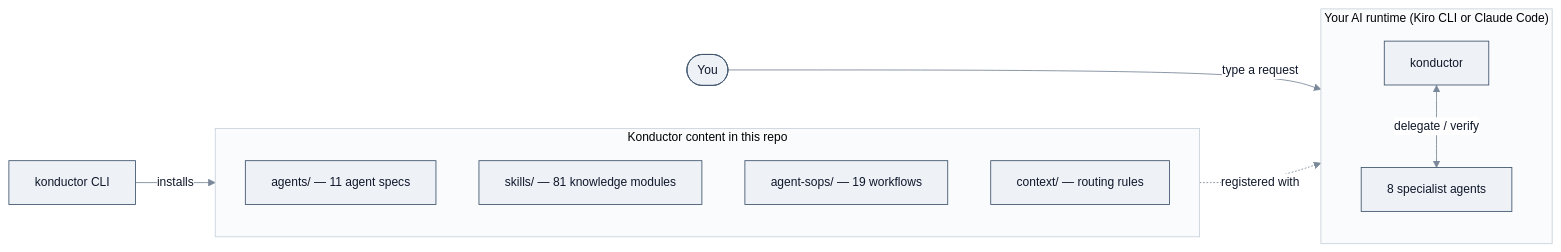
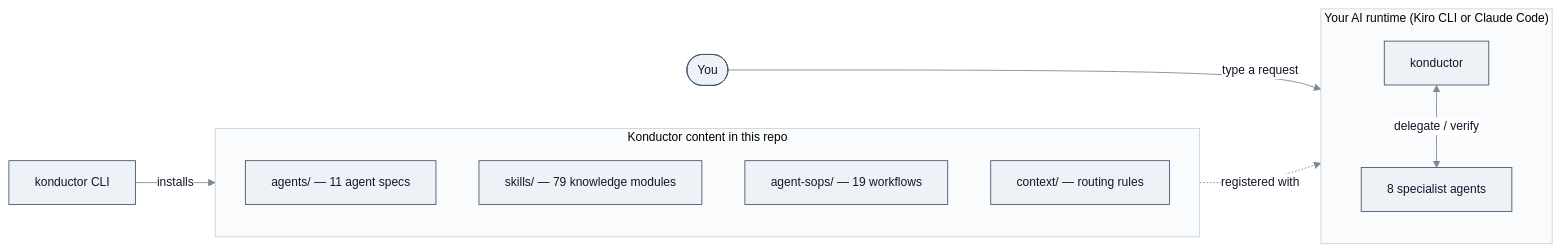
The diagram in docs/user-guide/README.md (aws-solutions/konductor), drawn with Mermaid before and after one commit. The commit also changed other lines of this file and 23 other files, not shown here.

````diff
--- a/docs/user-guide/README.md
+++ b/docs/user-guide/README.md
@@ -154,21 +154,21 @@
 ```mermaid
 %%{init:{'theme':'base','themeVariables':{'fontSize':'14px','primaryColor':'#eef2f7','primaryTextColor':'#0f172a','primaryBorderColor':'#40556e','lineColor':'#7a8899','textColor':'#0f172a','edgeLabelBackground':'#ffffff','clusterBkg':'#fafbfc','clusterBorder':'#c9d2dc'}}}%%
 flowchart LR
     You([You]) -->|type a request| Runtime
 
     subgraph Runtime["Your AI runtime (Kiro CLI or Claude Code)"]
         Orch[konductor]
         Spec[8 specialist agents]
         Orch <-->|delegate / verify| Spec
     end
 
     subgraph Content["Konductor content in this repo"]
         A["agents/ — 11 agent specs"]
-        S["skills/ — 81 knowledge modules"]
+        S["skills/ — 79 knowledge modules"]
         P["agent-sops/ — 19 workflows"]
         C["context/ — routing rules"]
     end
 
     CLI["konductor CLI"] -->|"installs"| Content
     Content -.->|"registered with"| Runtime
 ```
````
